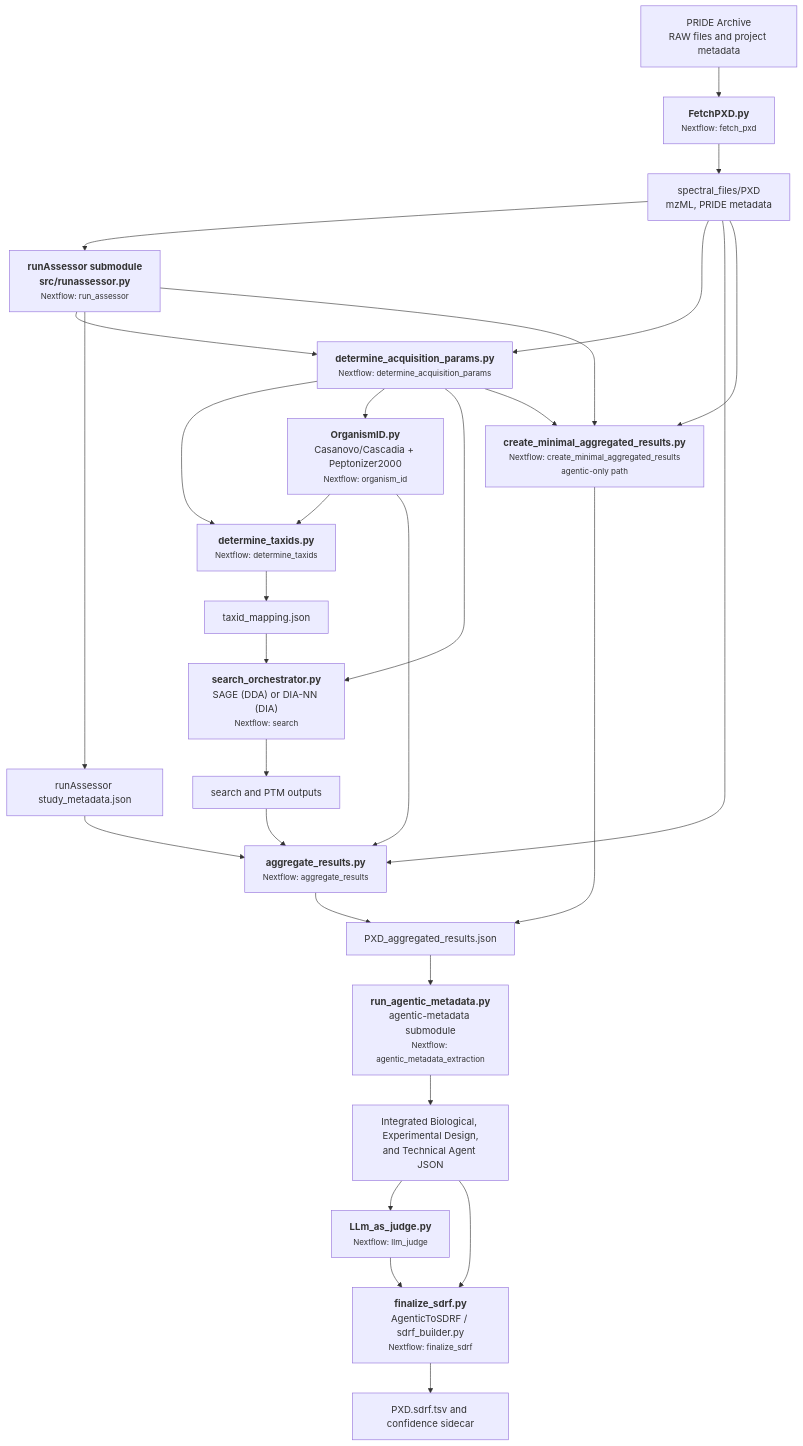
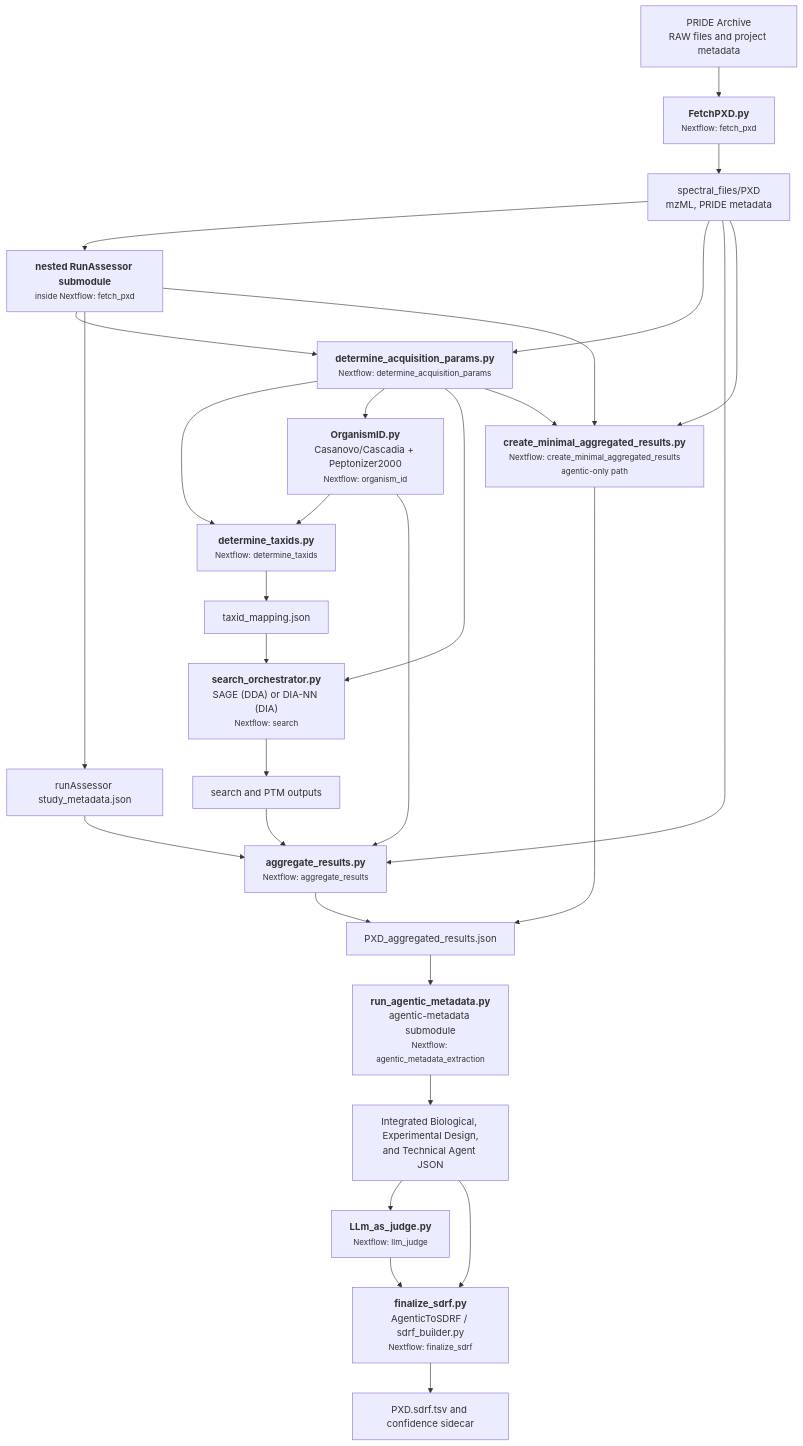
Before and after one commit to NCEMS/HAMLET: the first of 2 diagrams in README.md, drawn with Mermaid. The commit also changed other lines of this file and 9649 other files, not shown here.

````diff
--- a/README.md
+++ b/README.md
@@ -11,37 +17,37 @@
 ```mermaid
 flowchart TD
   A["PRIDE Archive<br/>RAW files and project metadata"] --> B["<b>FetchPXD.py</b><br/><small>Nextflow: fetch_pxd</small>"]
   B --> C["spectral_files/PXD<br/>mzML, PRIDE metadata"]
 
-  C --> D["<b>runAssessor submodule<br/>src/runassessor.py</b><br/><small>Nextflow: run_assessor</small>"]
+  C --> D["<b>nested RunAssessor submodule</b><br/><small>inside Nextflow: fetch_pxd</small>"]
   C --> E["<b>determine_acquisition_params.py</b><br/><small>Nextflow: determine_acquisition_params</small>"]
   D --> E
   D --> F["runAssessor study_metadata.json"]
 
   E --> G["<b>determine_taxids.py</b><br/><small>Nextflow: determine_taxids</small>"]
   E --> H["<b>OrganismID.py</b><br/>Casanovo/Cascadia + Peptonizer2000<br/><small>Nextflow: organism_id</small>"]
   H --> G
   G --> I["taxid_mapping.json"]
 
   E --> J["<b>search_orchestrator.py</b><br/>SAGE (DDA) or DIA-NN (DIA)<br/><small>Nextflow: search</small>"]
   I --> J
   J --> K["search and PTM outputs"]
 
   C --> L["<b>aggregate_results.py</b><br/><small>Nextflow: aggregate_results</small>"]
   F --> L
   H --> L
   K --> L
   L --> M["PXD_aggregated_results.json"]
 
   M --> N["<b>run_agentic_metadata.py</b><br/>agentic-metadata submodule<br/><small>Nextflow: agentic_metadata_extraction</small>"]
   N --> O["Integrated Biological, Experimental Design,<br/>and Technical Agent JSON"]
   O --> P["<b>LLm_as_judge.py</b><br/><small>Nextflow: llm_judge</small>"]
   O --> Q["<b>finalize_sdrf.py</b><br/>AgenticToSDRF / sdrf_builder.py<br/><small>Nextflow: finalize_sdrf</small>"]
   P --> Q
   Q --> R["PXD.sdrf.tsv and confidence sidecar"]
 
   C --> S["<b>create_minimal_aggregated_results.py</b><br/><small>Nextflow: create_minimal_aggregated_results<br/>agentic-only path</small>"]
   D --> S
   E --> S
   S --> M
 ```
````
